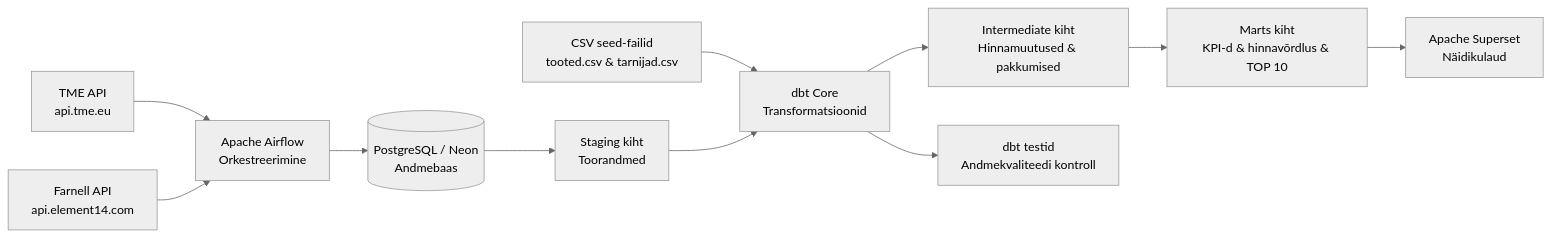
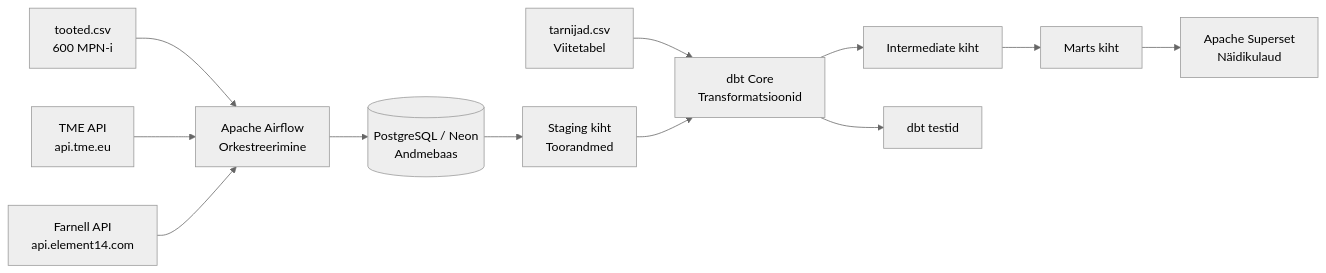
Before and after one commit to mplza/tarnijakataloogid: the diagram in docs/arhitektuur.md, drawn with Mermaid (neutral theme).

Commit message:
Paranda mermaid andmevoo diagramm

````diff
--- a/docs/arhitektuur.md
+++ b/docs/arhitektuur.md
@@ -49,17 +49,18 @@
 ```mermaid
 flowchart LR
-    TME["TME API<br/>api.tme.eu"] --> B["Apache Airflow<br/>Orkestreerimine"]
+    SEED["tooted.csv<br/>600 MPN-i"] --> B["Apache Airflow<br/>Orkestreerimine"]
+    TME["TME API<br/>api.tme.eu"] --> B
     E14["Farnell API<br/>api.element14.com"] --> B
-    SEED["CSV seed-failid<br/>tooted.csv & tarnijad.csv"] --> F
 
     B --> D[("PostgreSQL / Neon<br/>Andmebaas")]
 
     D --> E["Staging kiht<br/>Toorandmed"]
+    SEED2["tarnijad.csv<br/>Viitetabel"] --> F
     E --> F["dbt Core<br/>Transformatsioonid"]
-    F --> G["Intermediate kiht<br/>Hinnamuutused & pakkumised"]
-    G --> H["Marts kiht<br/>KPI-d & hinnavõrdlus & TOP 10"]
+    F --> G["Intermediate kiht"]
+    G --> H["Marts kiht"]
 
-    F --> I["dbt testid<br/>Andmekvaliteedi kontroll"]
+    F --> I["dbt testid"]
 
     H --> J["Apache Superset<br/>Näidikulaud"]
 ```
````
